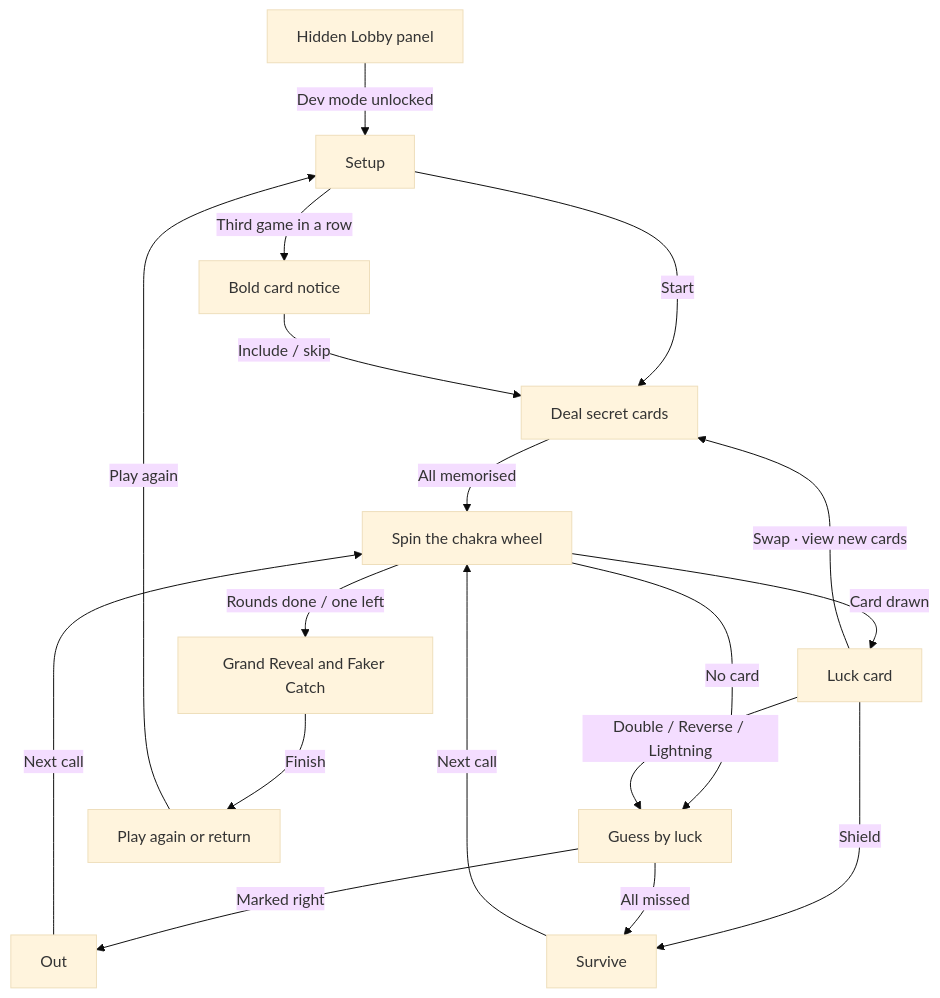
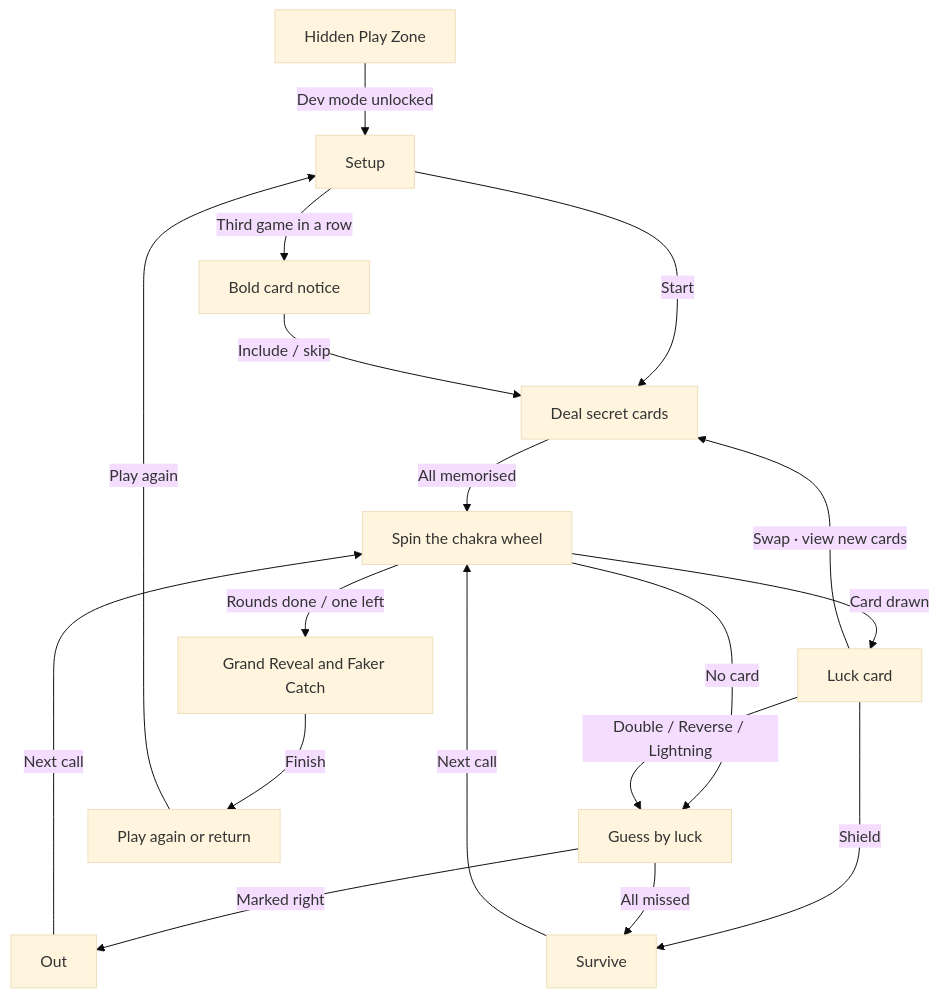
One commit to missionode/lite changed diagram 20 of 49 in docs/app-map/FLOW-REFERENCE.md. Above: the diagram before and after it, drawn with Mermaid (base theme). The commit also changed other lines of this file and 25 other files, not shown here.

First line of the commit message:
feat: rename game to Hush Hush inside a new Play Zone section

````diff
--- a/docs/app-map/FLOW-REFERENCE.md
+++ b/docs/app-map/FLOW-REFERENCE.md
@@ -1057,31 +1057,31 @@
 ```mermaid
 flowchart TD
-  locked["Hidden Lobby panel"]
+  locked["Hidden Play Zone"]
   setup["Setup"]
   bold["Bold card notice"]
   deal["Deal secret cards"]
   spin["Spin the chakra wheel"]
   luck["Luck card"]
   guess["Guess by luck"]
   out["Out"]
   survive["Survive"]
   reveal["Grand Reveal and Faker Catch"]
   exit["Play again or return"]
   locked -->|"Dev mode unlocked"| setup
   setup -->|"Third game in a row"| bold
   setup -->|"Start"| deal
   bold -->|"Include / skip"| deal
   deal -->|"All memorised"| spin
   spin -->|"Card drawn"| luck
   spin -->|"No card"| guess
   luck -->|"Swap · view new cards"| deal
   luck -->|"Double / Reverse / Lightning"| guess
   luck -->|"Shield"| survive
   guess -->|"Marked right"| out
   guess -->|"All missed"| survive
   out -->|"Next call"| spin
   survive -->|"Next call"| spin
   spin -->|"Rounds done / one left"| reveal
   reveal -->|"Finish"| exit
   exit -->|"Play again"| setup
 ```
````
